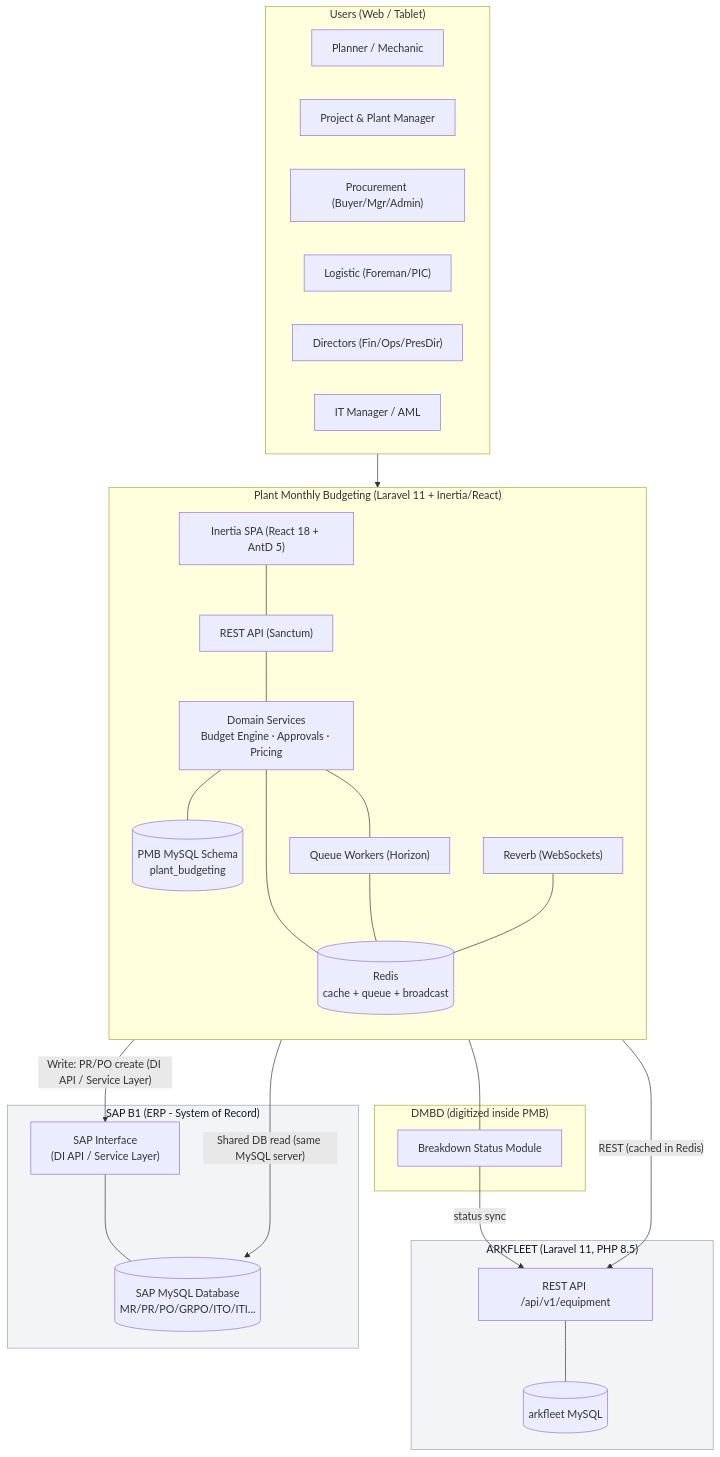
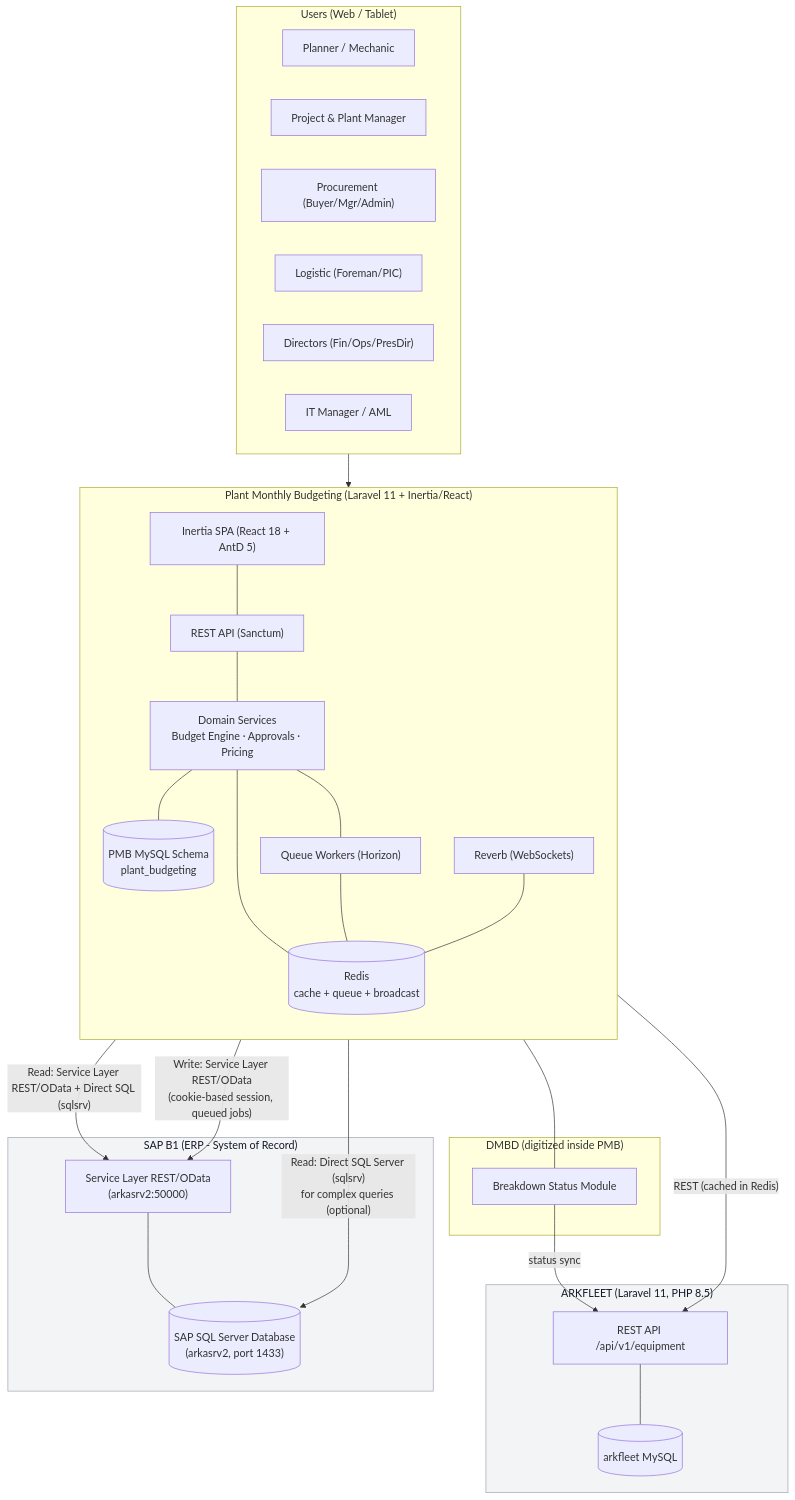
Before and after one commit to rachmanj/plant-budget-tracker: the first of 9 diagrams in docs/concept.md, drawn with Mermaid. The commit also changed other lines of this file and 2 other files, not shown here.

First line of the commit message:
docs: update SAP integration spec with confirmed SQL Server + Service Layer details

````diff
--- a/docs/concept.md
+++ b/docs/concept.md
@@ -83,54 +83,55 @@
 ```mermaid
 flowchart TB
     subgraph Users["Users (Web / Tablet)"]
         U1["Planner / Mechanic"]
         U2["Project & Plant Manager"]
         U3["Procurement (Buyer/Mgr/Admin)"]
         U4["Logistic (Foreman/PIC)"]
         U5["Directors (Fin/Ops/PresDir)"]
         U6["IT Manager / AML"]
     end
 
     subgraph PMB["Plant Monthly Budgeting (Laravel 11 + Inertia/React)"]
         direction TB
         WEB["Inertia SPA (React 18 + AntD 5)"]
         API["REST API (Sanctum)"]
         APP["Domain Services\nBudget Engine · Approvals · Pricing"]
         Q["Queue Workers (Horizon)"]
         WS["Reverb (WebSockets)"]
         DB[("PMB MySQL Schema\nplant_budgeting")]
         RDS[("Redis\ncache + queue + broadcast")]
         WEB --- API --- APP
         APP --- DB
         APP --- Q
         APP --- RDS
         Q --- RDS
         WS --- RDS
     end
 
     subgraph ARK["ARKFLEET (Laravel 11, PHP 8.5)"]
         ARKAPI["REST API /api/v1/equipment"]
         ARKDB[("arkfleet MySQL")]
         ARKAPI --- ARKDB
     end
 
     subgraph SAP["SAP B1 (ERP - System of Record)"]
-        SAPDB[("SAP MySQL Database\nMR/PR/PO/GRPO/ITO/ITI...")]
-        SAPINT["SAP Interface\n(DI API / Service Layer)"]
+        SAPINT["Service Layer REST/OData\n(arkasrv2:50000)"]
+        SAPDB[("SAP SQL Server Database\n(arkasrv2, port 1433)")]
         SAPINT --- SAPDB
     end
 
     subgraph DMBD["DMBD (digitized inside PMB)"]
         DMBDMOD["Breakdown Status Module"]
     end
 
     Users --> WEB
     APP -- "REST (cached in Redis)" --> ARKAPI
-    APP -- "Shared DB read (same MySQL server)" --> SAPDB
-    APP -- "Write: PR/PO create (DI API / Service Layer)" --> SAPINT
+    APP -- "Read: Service Layer REST/OData + Direct SQL (sqlsrv)" --> SAPINT
+    APP -- "Read: Direct SQL Server (sqlsrv)\nfor complex queries (optional)" --> SAPDB
+    APP -- "Write: Service Layer REST/OData\n(cookie-based session, queued jobs)" --> SAPINT
     APP --- DMBDMOD
     DMBDMOD -- "status sync" --> ARKAPI
 
     classDef ext fill:#f3f4f6,stroke:#9ca3af,color:#111827;
     class ARK,SAP ext;
 ```
````
